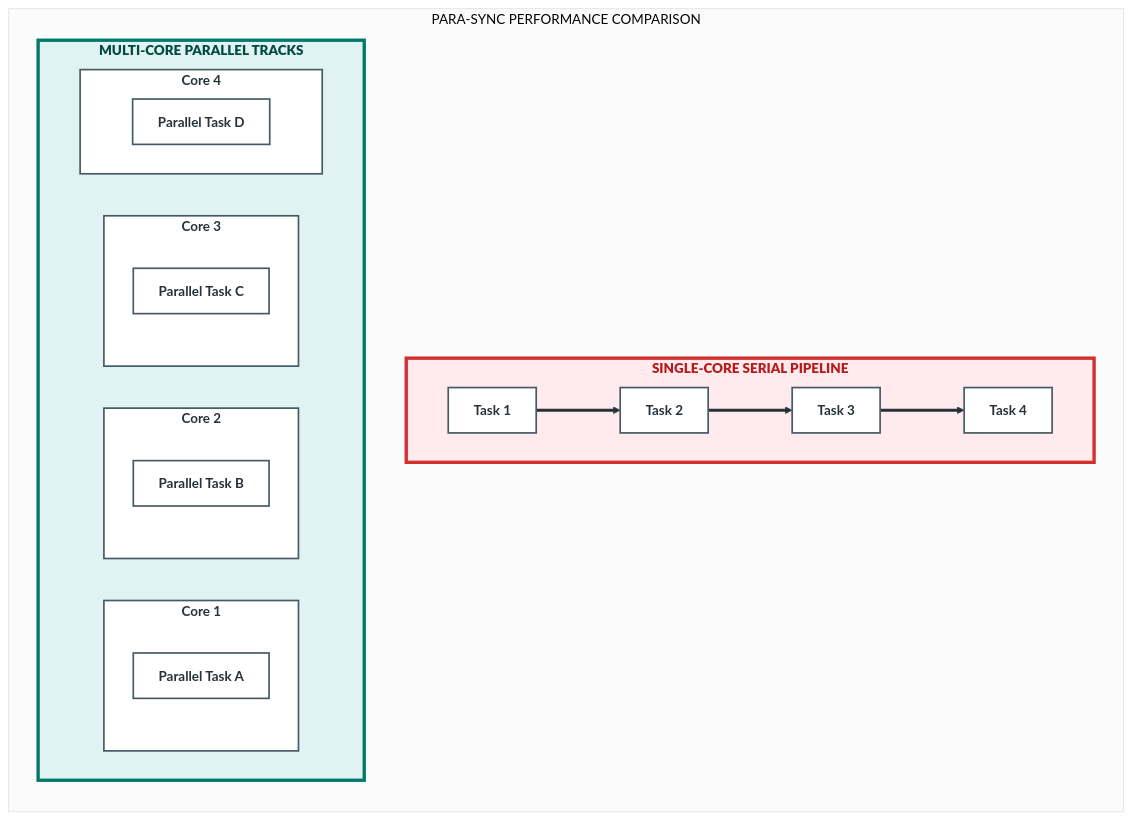
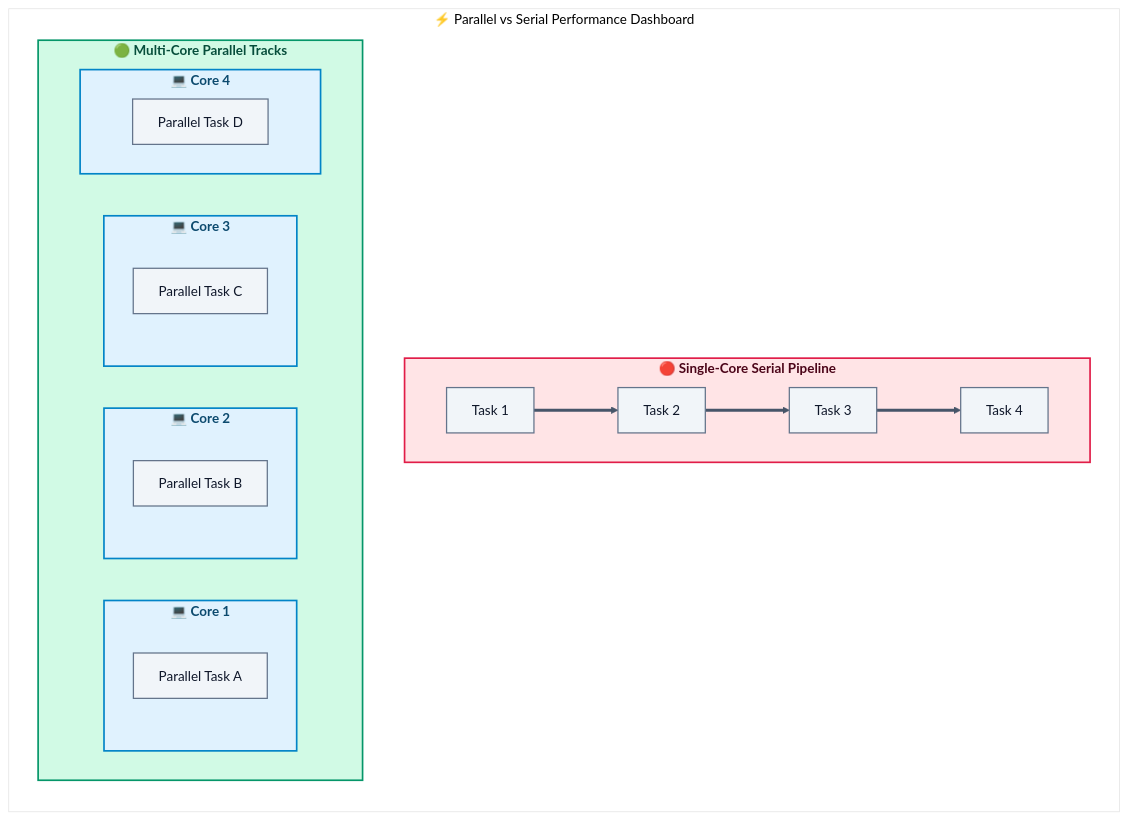
Before and after one commit to RameenAnwar/PDC-SP26-SE: the first of 8 diagrams in SyedMuhammadHuzaifaAshrafi-(23FA-035-SE)/Chapter01/README.md, drawn with Mermaid. The commit also changed other lines of this file and 5 other files, not shown here.

````diff
--- a/SyedMuhammadHuzaifaAshrafi-(23FA-035-SE)/Chapter01/README.md
+++ b/SyedMuhammadHuzaifaAshrafi-(23FA-035-SE)/Chapter01/README.md
@@ -29,36 +29,39 @@
 ```mermaid
-%%{init: {'theme': 'base', 'themeVariables': { 'lineColor': '#263238', 'primaryColor': '#ECEFF1' }}}%%
+%%{init: {'theme': 'base', 'themeVariables': { 'lineColor': '#475569', 'primaryColor': '#f8fafc', 'primaryTextColor': '#0f172a', 'primaryBorderColor': '#cbd5e1' }}}%%
 flowchart TD
-    %% Pro Max Dashboard: Serial vs Parallel
-    classDef serial fill:#FFEBEE,stroke:#D32F2F,stroke-width:4px,color:#B71C1C,font-weight:900
-    classDef parallel fill:#E0F2F1,stroke:#00796B,stroke-width:4px,color:#004D40,font-weight:900
-    classDef compute fill:#FFFFFF,stroke:#455A64,stroke-width:2px,color:#263238,font-weight:bold
+    %% Premium Styled Serial vs Parallel Comparison
+    classDef serial fill:#ffe4e6,stroke:#e11d48,stroke-width:2px,color:#4c0519,font-weight:bold
+    classDef parallel fill:#d1fae5,stroke:#059669,stroke-width:2px,color:#064e3b,font-weight:bold
+    classDef core fill:#e0f2fe,stroke:#0284c7,stroke-width:2px,color:#0c4a6e,font-weight:bold
+    classDef task fill:#f1f5f9,stroke:#64748b,stroke-width:1.5px,color:#0f172a
 
-    subgraph Dashboard [PARA-SYNC PERFORMANCE COMPARISON]
+    subgraph Dashboard ["⚡ Parallel vs Serial Performance Dashboard"]
         direction TB
-        subgraph S_TRACK [SINGLE-CORE SERIAL PIPELINE]
+        
+        subgraph S_TRACK ["🔴 Single-Core Serial Pipeline"]
             direction LR
             S1[Task 1] ==> S2[Task 2] ==> S3[Task 3] ==> S4[Task 4]
         end
         
-        subgraph P_TRACK [MULTI-CORE PARALLEL TRACKS]
+        subgraph P_TRACK ["🟢 Multi-Core Parallel Tracks"]
             direction LR
-            subgraph CORE_A [Core 1]
+            subgraph CORE_A ["💻 Core 1"]
                 T1[Parallel Task A]
             end
-            subgraph CORE_B [Core 2]
+            subgraph CORE_B ["💻 Core 2"]
                 T2[Parallel Task B]
             end
-            subgraph CORE_C [Core 3]
+            subgraph CORE_C ["💻 Core 3"]
                 T3[Parallel Task C]
             end
-            subgraph CORE_D [Core 4]
+            subgraph CORE_D ["💻 Core 4"]
                 T4[Parallel Task D]
             end
         end
     end
 
     class S_TRACK serial
     class P_TRACK parallel
-    class S1,S2,S3,S4,T1,T2,T3,T4,CORE_A,CORE_B,CORE_C,CORE_D compute
+    class CORE_A,CORE_B,CORE_C,CORE_D core
+    class S1,S2,S3,S4,T1,T2,T3,T4 task
 ```
````
